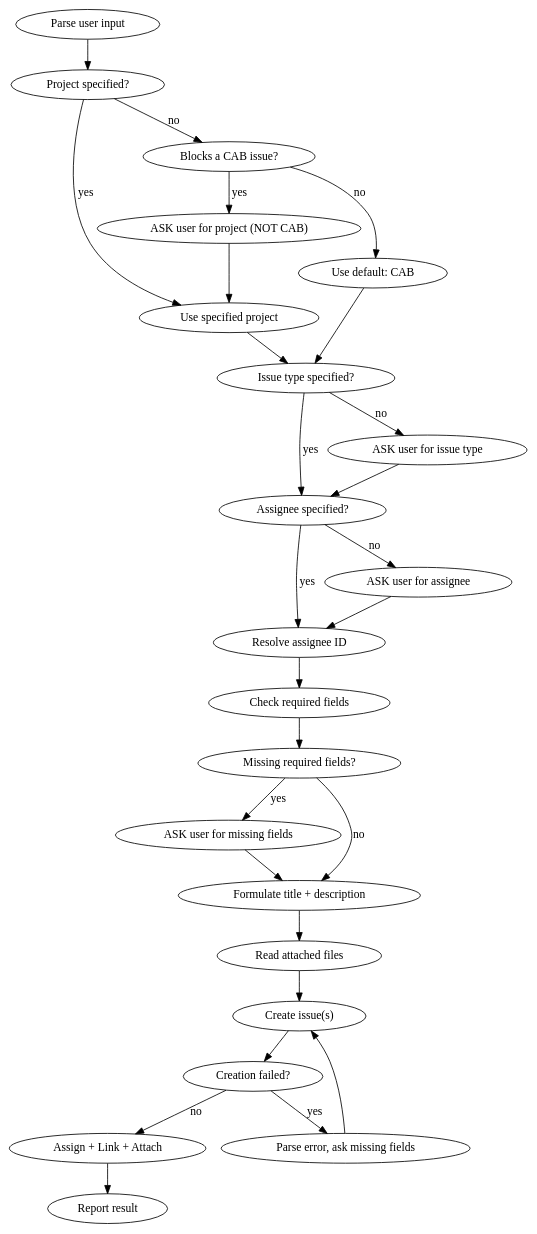
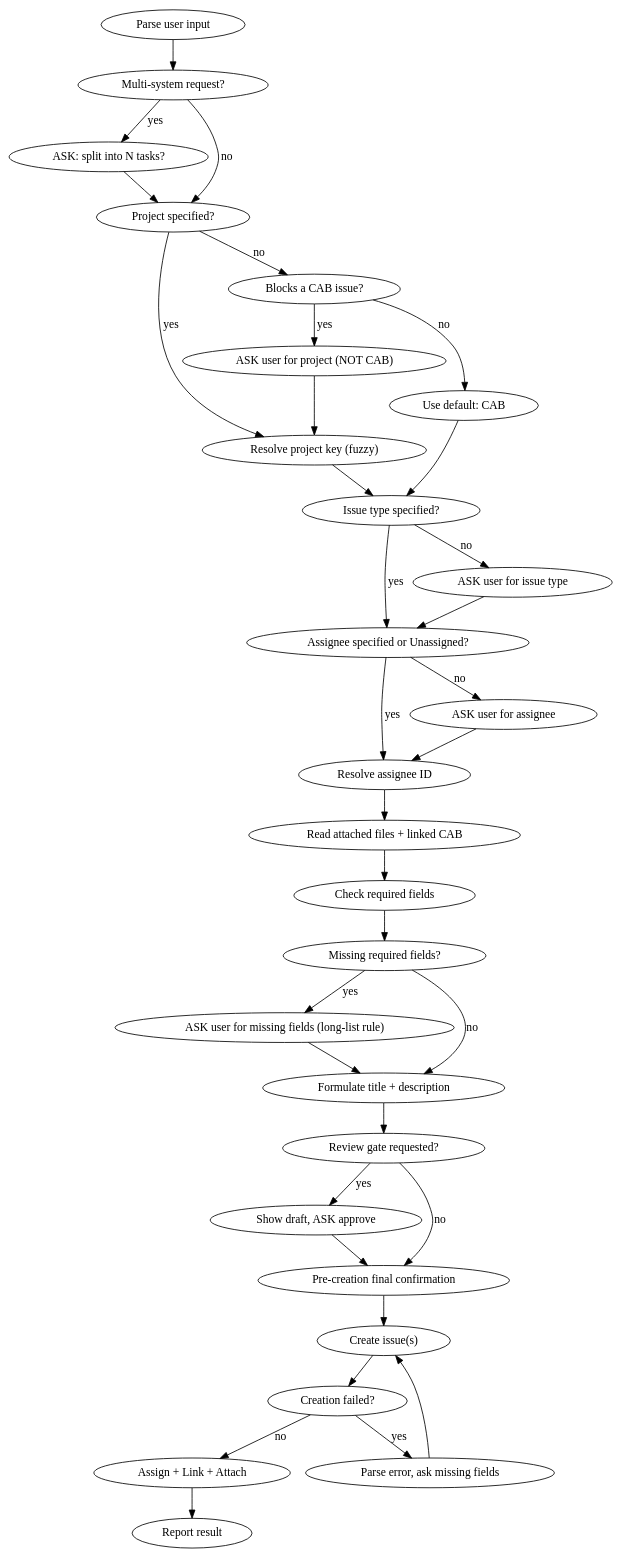
The diagram in jira-create-task/SKILL.md (gihar/g-skills), drawn with Graphviz before and after one commit. The commit also changed other lines of this file, not shown here.

Commit message:
feat: jira-create-task — review gates, multi-task split, long-list rule, Unassigned support

````diff
--- a/jira-create-task/SKILL.md
+++ b/jira-create-task/SKILL.md
@@ -17,31 +19,38 @@
 ```dot
 digraph jira_create {
   rankdir=TB;
-  "Parse user input" -> "Project specified?";
-  "Project specified?" -> "Use specified project" [label="yes"];
+  "Parse user input" -> "Multi-system request?";
+  "Multi-system request?" -> "ASK: split into N tasks?" [label="yes"];
+  "Multi-system request?" -> "Project specified?" [label="no"];
+  "ASK: split into N tasks?" -> "Project specified?";
+  "Project specified?" -> "Resolve project key (fuzzy)" [label="yes"];
   "Project specified?" -> "Blocks a CAB issue?" [label="no"];
   "Blocks a CAB issue?" -> "ASK user for project (NOT CAB)" [label="yes"];
   "Blocks a CAB issue?" -> "Use default: CAB" [label="no"];
-  "ASK user for project (NOT CAB)" -> "Use specified project";
-  "Use specified project" -> "Issue type specified?";
+  "ASK user for project (NOT CAB)" -> "Resolve project key (fuzzy)";
+  "Resolve project key (fuzzy)" -> "Issue type specified?";
   "Use default: CAB" -> "Issue type specified?";
-  "Issue type specified?" -> "Assignee specified?" [label="yes"];
+  "Issue type specified?" -> "Assignee specified or Unassigned?" [label="yes"];
   "Issue type specified?" -> "ASK user for issue type" [label="no"];
-  "ASK user for issue type" -> "Assignee specified?";
-  "Assignee specified?" -> "Resolve assignee ID" [label="yes"];
-  "Assignee specified?" -> "ASK user for assignee" [label="no"];
+  "ASK user for issue type" -> "Assignee specified or Unassigned?";
+  "Assignee specified or Unassigned?" -> "Resolve assignee ID" [label="yes"];
+  "Assignee specified or Unassigned?" -> "ASK user for assignee" [label="no"];
   "ASK user for assignee" -> "Resolve assignee ID";
-  "Resolve assignee ID" -> "Check required fields";
+  "Resolve assignee ID" -> "Read attached files + linked CAB";
+  "Read attached files + linked CAB" -> "Check required fields";
   "Check required fields" -> "Missing required fields?";
-  "Missing required fields?" -> "ASK user for missing fields" [label="yes"];
+  "Missing required fields?" -> "ASK user for missing fields (long-list rule)" [label="yes"];
   "Missing required fields?" -> "Formulate title + description" [label="no"];
-  "ASK user for missing fields" -> "Formulate title + description";
-  "Formulate title + description" -> "Read attached files";
-  "Read attached files" -> "Create issue(s)";
+  "ASK user for missing fields (long-list rule)" -> "Formulate title + description";
+  "Formulate title + description" -> "Review gate requested?";
+  "Review gate requested?" -> "Show draft, ASK approve" [label="yes"];
+  "Review gate requested?" -> "Pre-creation final confirmation" [label="no"];
+  "Show draft, ASK approve" -> "Pre-creation final confirmation";
+  "Pre-creation final confirmation" -> "Create issue(s)";
   "Create issue(s)" -> "Creation failed?";
   "Creation failed?" -> "Parse error, ask missing fields" [label="yes"];
   "Parse error, ask missing fields" -> "Create issue(s)";
   "Creation failed?" -> "Assign + Link + Attach" [label="no"];
   "Assign + Link + Attach" -> "Report result";
 }
 ```
````
